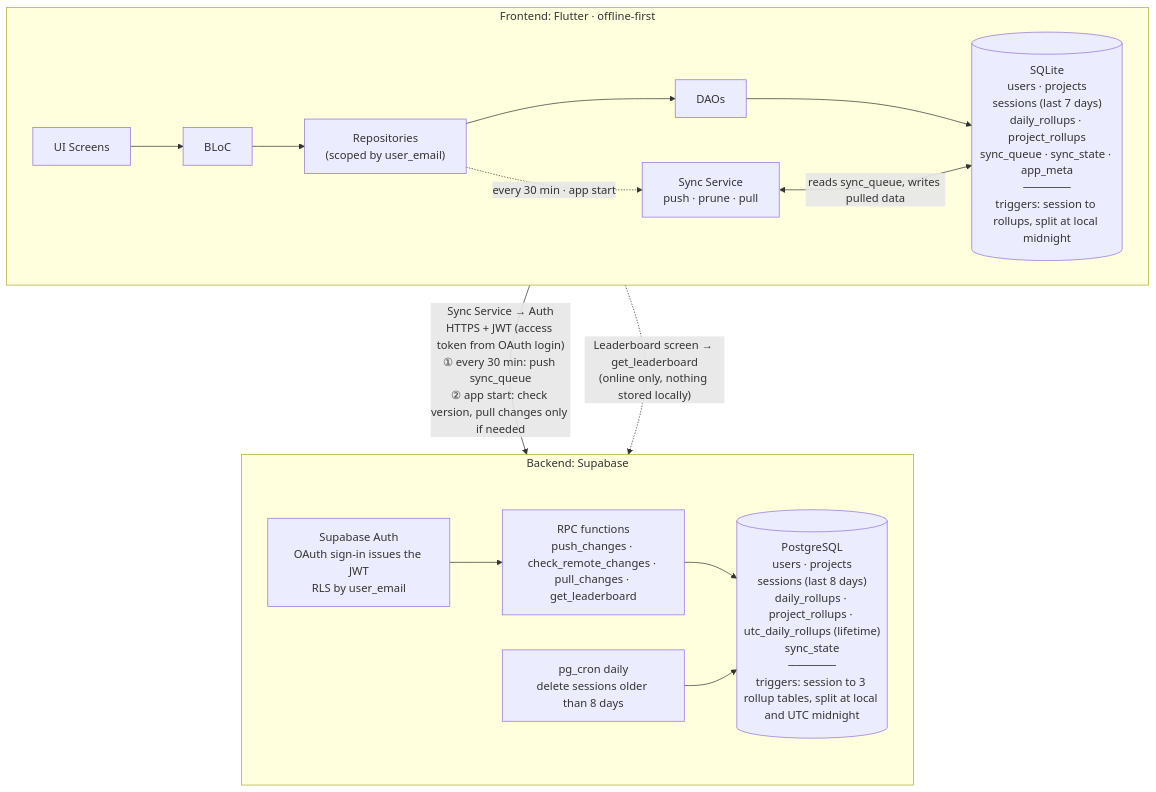
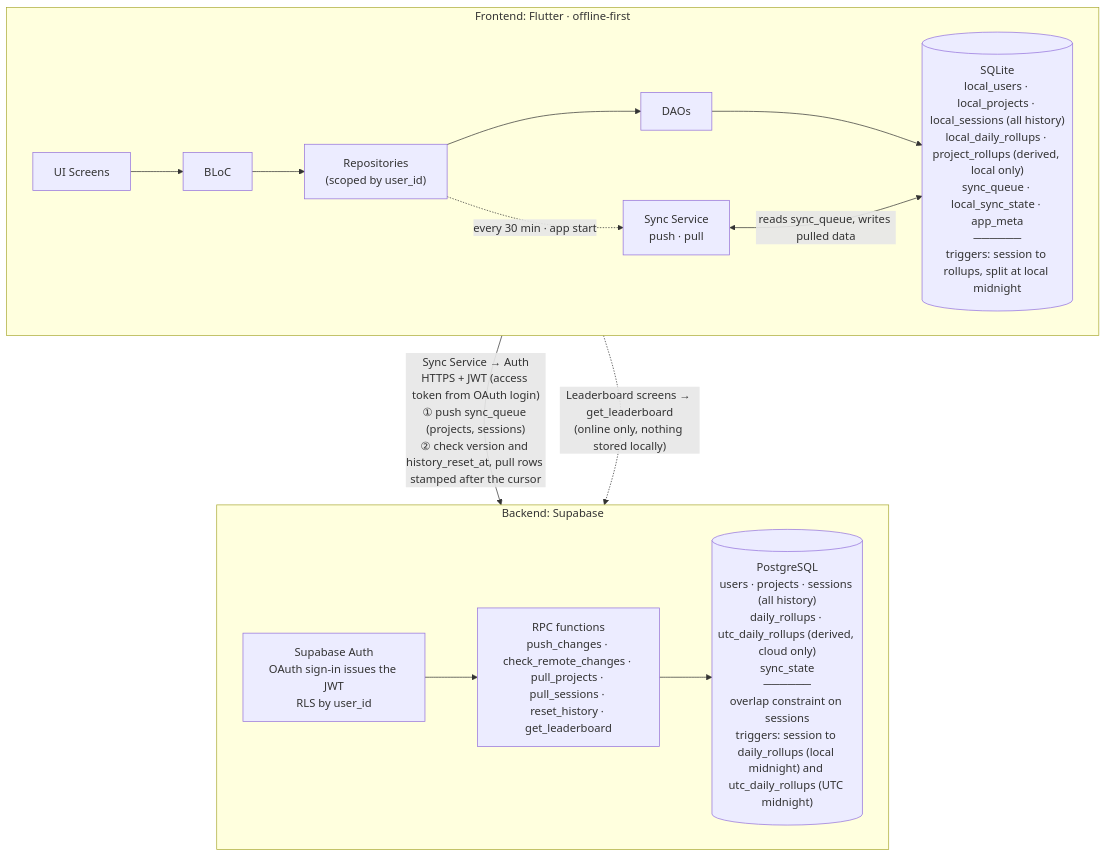
One commit to sardaar-niamotullah/tarkeez changed the first of 3 diagrams in README.md. Above: the diagram before and after it, drawn with Mermaid. The commit also changed other lines of this file, not shown here.

Commit message:
docs: add data and sync architecture README

````diff
--- a/README.md
+++ b/README.md
@@ -52,18 +240,17 @@
 ```mermaid
 flowchart TB
   subgraph APP["Frontend: Flutter · offline-first"]
     direction LR
-    UI["UI Screens"] --> BLOC["BLoC"] --> REPO["Repositories<br/>(scoped by user_email)"] --> DAO["DAOs"] --> LDB[("SQLite<br/>users · projects<br/>sessions (last 7 days)<br/>daily_rollups · project_rollups<br/>sync_queue · sync_state · app_meta<br/>──────<br/>triggers: session to rollups, split at local midnight")]
-    REPO -.->|"every 30 min · app start"| SYNC["Sync Service<br/>push · prune · pull"]
+    UI["UI Screens"] --> BLOC["BLoC"] --> REPO["Repositories<br/>(scoped by user_id)"] --> DAO["DAOs"] --> LDB[("SQLite<br/>local_users · local_projects · local_sessions (all history)<br/>local_daily_rollups · project_rollups (derived, local only)<br/>sync_queue · local_sync_state · app_meta<br/>──────<br/>triggers: session to rollups, split at local midnight")]
+    REPO -.->|"every 30 min · app start"| SYNC["Sync Service<br/>push · pull"]
     SYNC <-->|"reads sync_queue, writes pulled data"| LDB
   end
 
   subgraph CLOUD["Backend: Supabase"]
     direction LR
-    AUTH["Supabase Auth<br/>OAuth sign-in issues the JWT<br/>RLS by user_email"] --> RPC["RPC functions<br/>push_changes · check_remote_changes · pull_changes · get_leaderboard"] --> CDB[("PostgreSQL<br/>users · projects<br/>sessions (last 8 days)<br/>daily_rollups · project_rollups · utc_daily_rollups (lifetime)<br/>sync_state<br/>──────<br/>triggers: session to 3 rollup tables, split at local and UTC midnight")]
-    CRON["pg_cron daily<br/>delete sessions older than 8 days"] --> CDB
+    AUTH["Supabase Auth<br/>OAuth sign-in issues the JWT<br/>RLS by user_id"] --> RPC["RPC functions<br/>push_changes · check_remote_changes · pull_projects · pull_sessions · reset_history · get_leaderboard"] --> CDB[("PostgreSQL<br/>users · projects · sessions (all history)<br/>daily_rollups · utc_daily_rollups (derived, cloud only)<br/>sync_state<br/>──────<br/>overlap constraint on sessions<br/>triggers: session to daily_rollups (local midnight) and utc_daily_rollups (UTC midnight)")]
   end
 
-  APP -->|"Sync Service → Auth<br/>HTTPS + JWT (access token from OAuth login)<br/>① every 30 min: push sync_queue<br/>② app start: check version, pull changes only if needed"| CLOUD
-  APP -.->|"Leaderboard screen → get_leaderboard<br/>(online only, nothing stored locally)"| CLOUD
+  APP -->|"Sync Service → Auth<br/>HTTPS + JWT (access token from OAuth login)<br/>① push sync_queue (projects, sessions)<br/>② check version and history_reset_at, pull rows stamped after the cursor"| CLOUD
+  APP -.->|"Leaderboard screens → get_leaderboard<br/>(online only, nothing stored locally)"| CLOUD
 ```
````
